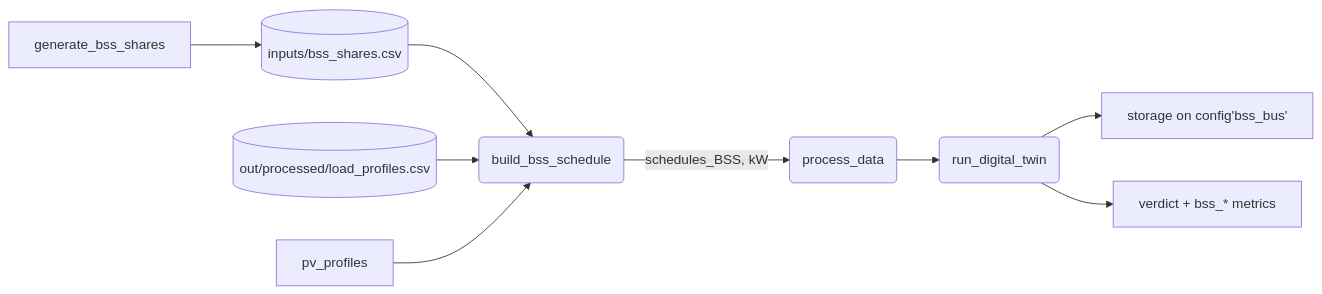
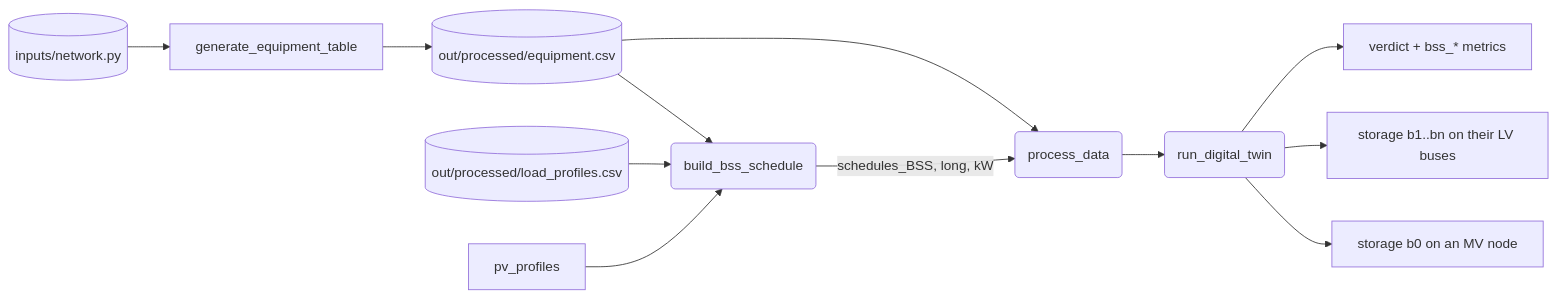
The diagram in docs/bss_modelling.md (MAS4TE/digital_twin), drawn with Mermaid before and after one commit. The commit also changed other lines of this file and 7 other files, not shown here.

````diff
--- a/docs/bss_modelling.md
+++ b/docs/bss_modelling.md
@@ -30,11 +33,14 @@
 ```{mermaid}
 flowchart LR
-    G[generate_bss_shares] --> C[(inputs/bss_shares.csv)]
+    N[(inputs/network.py)] --> E[generate_equipment_table]
+    E --> C[(out/processed/equipment.csv)]
     C --> B(build_bss_schedule)
     L[(out/processed/load_profiles.csv)] --> B
     P[pv_profiles] --> B
-    B -->|schedules_BSS, kW| D(process_data)
+    B -->|schedules_BSS, long, kW| D(process_data)
+    C --> D
     D --> T(run_digital_twin)
-    T --> S[storage on config'bss_bus']
+    T --> S0[storage b0 on an MV node]
+    T --> S1[storage b1..bn on their LV buses]
     T --> R[verdict + bss_* metrics]
 ```
````
